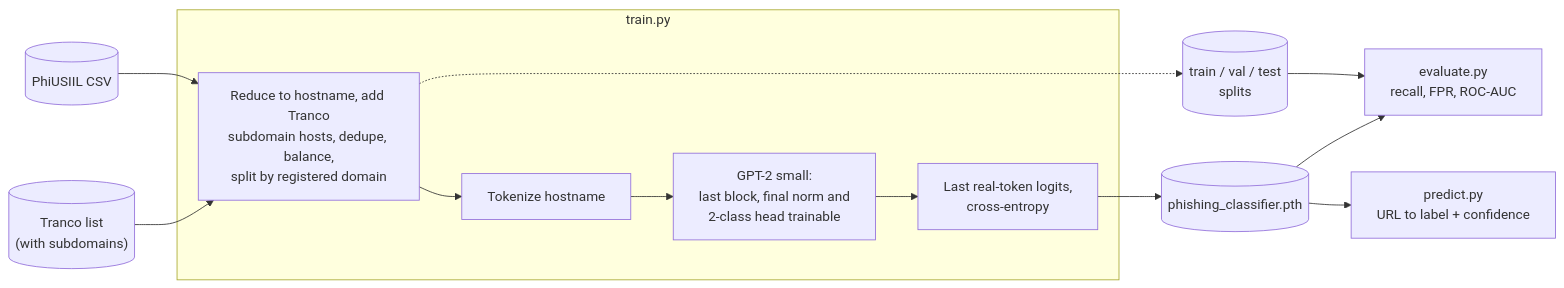
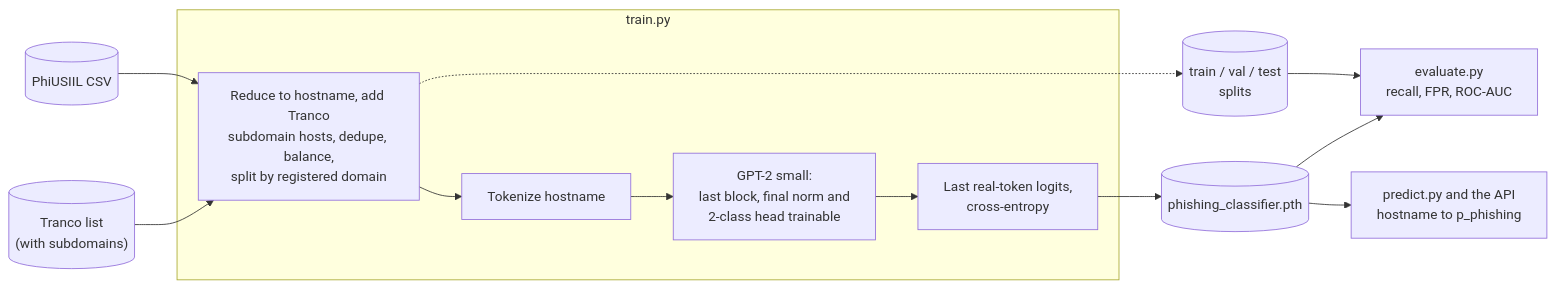
Before and after one commit to Kluey/URL-Phishing-Classifier: the second of 2 diagrams in README.md, drawn with Mermaid. The commit also changed other lines of this file and 1 other file, not shown here.

First line of the commit message:
docs: document the API, extension and AWS deployment, with a demo GIF

````diff
--- a/README.md
+++ b/README.md
@@ -32,18 +245,18 @@
 ```mermaid
 flowchart LR
     raw[("PhiUSIIL CSV")] --> prep
     tranco[("Tranco list<br/>(with subdomains)")] --> prep
 
     subgraph train["train.py"]
         prep["Reduce to hostname, add Tranco<br/>subdomain hosts, dedupe, balance,<br/>split by registered domain"] --> tok["Tokenize hostname"]
         tok --> gpt["GPT-2 small:<br/>last block, final norm and<br/>2-class head trainable"]
         gpt --> loss["Last real-token logits,<br/>cross-entropy"]
     end
 
     prep -.-> splits[("train / val / test<br/>splits")]
     loss --> weights[("phishing_classifier.pth")]
 
     splits --> evaluate["evaluate.py<br/>recall, FPR, ROC-AUC"]
     weights --> evaluate
-    weights --> classify["predict.py<br/>URL to label + confidence"]
+    weights --> classify["predict.py and the API<br/>hostname to p_phishing"]
 ```
````
